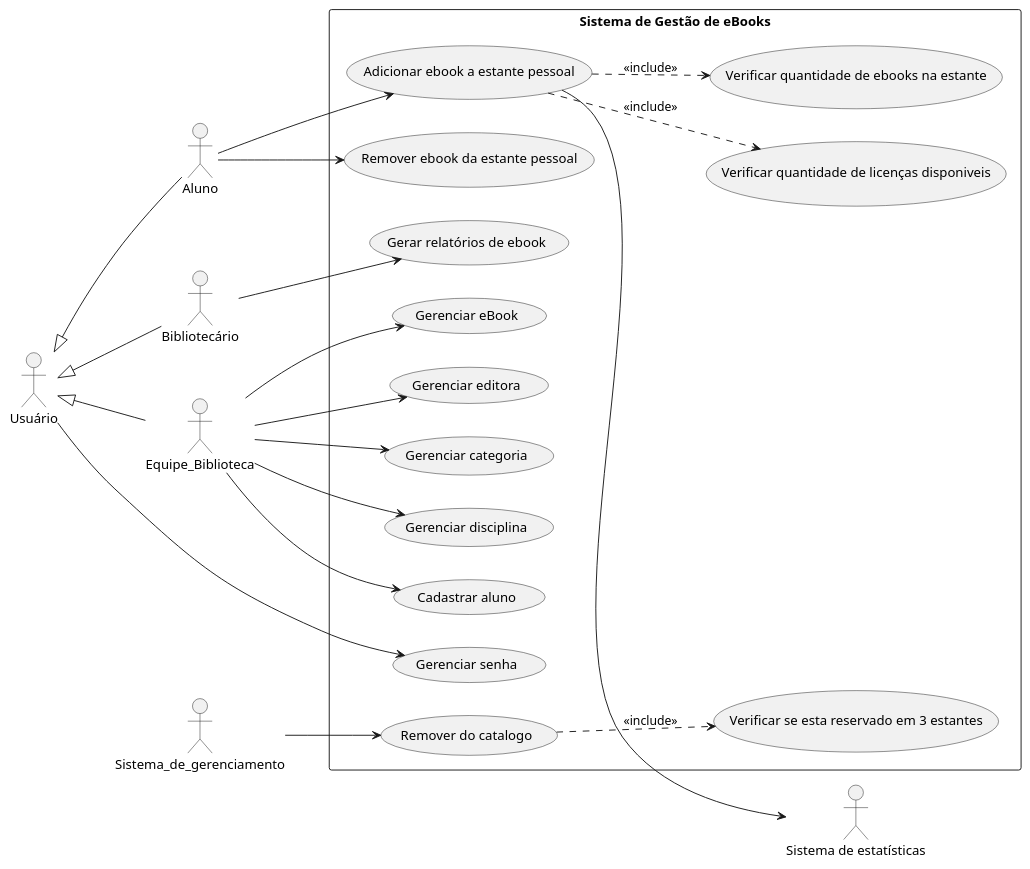
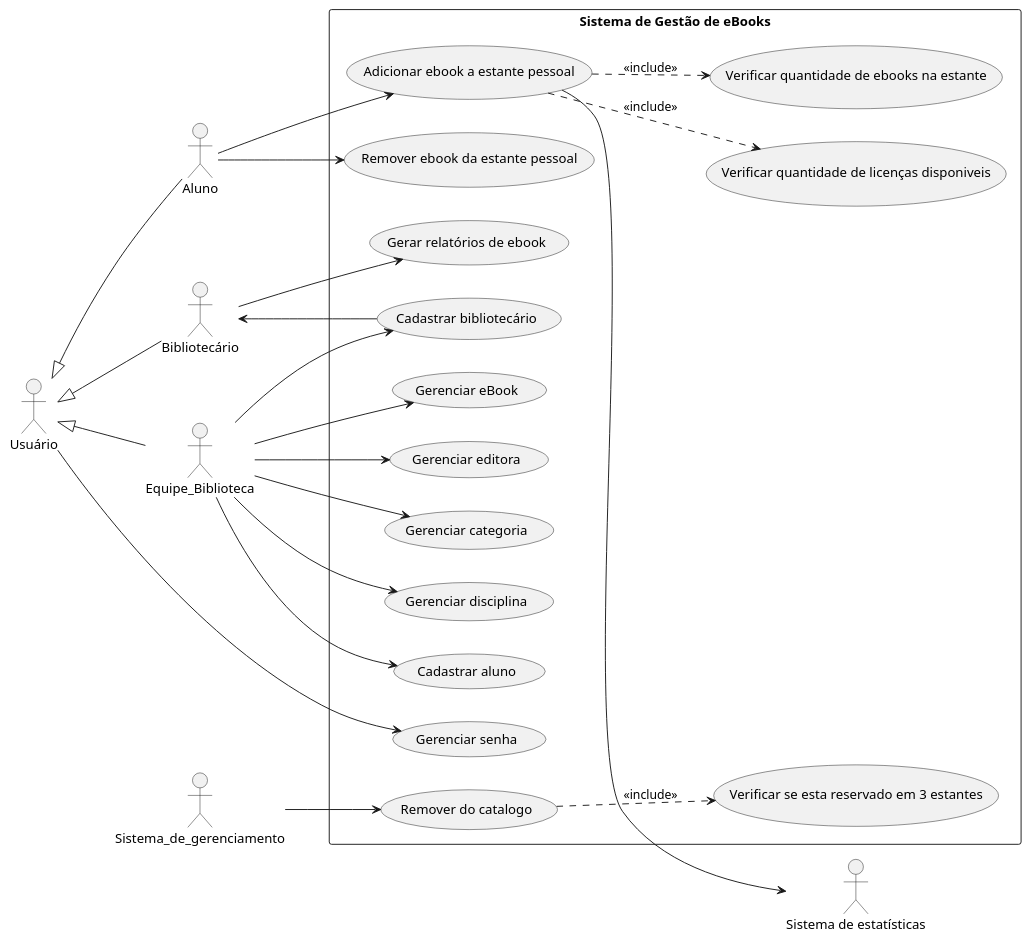
One commit to brunokilo/lab01-ebooks-biblioteca changed the diagram in docs/diagramas/casos-de-uso.puml. Above: the diagram before and after it, drawn with PlantUML.

Commit message:
diagramas: adiciona caso de uso para cadastrar bibliotecário

```diff
--- a/docs/diagramas/casos-de-uso.puml
+++ b/docs/diagramas/casos-de-uso.puml
@@ -1,50 +1,53 @@
 @startuml
 left to right direction
 skinparam packageStyle rectangle
 
 actor "Usuário" as Usuario
 actor Aluno
 actor "Bibliotecário" as Bibliotecario
 actor Equipe_Biblioteca
 actor Sistema_de_gerenciamento
 actor "Sistema de estatísticas" as Sistema_de_estatisticas
 
 rectangle "Sistema de Gestão de eBooks" {
   usecase "Gerenciar senha" as UC01
   usecase "Adicionar ebook a estante pessoal" as UC02
   usecase "Remover ebook da estante pessoal" as UC03
   usecase "Gerar relatórios de ebook" as UC04
   usecase "Gerenciar eBook" as UC05
   usecase "Gerenciar editora" as UC06
   usecase "Gerenciar categoria" as UC07
   usecase "Gerenciar disciplina" as UC08
   usecase "Remover do catalogo" as UC09
   usecase "Verificar se esta reservado em 3 estantes" as UC10
   usecase "Verificar quantidade de ebooks na estante" as UC11
   usecase "Verificar quantidade de licenças disponiveis" as UC12
   usecase "Cadastrar aluno" as UC13
+  usecase "Cadastrar bibliotecário" as UC14
 }
 
 Usuario <|-- Equipe_Biblioteca 
 Usuario <|-- Bibliotecario 
 Usuario <|-- Aluno 
 
 Usuario --> (UC01)
 
 Equipe_Biblioteca --> (UC05)
 Equipe_Biblioteca --> (UC06)
 Equipe_Biblioteca --> (UC07)
 Equipe_Biblioteca --> (UC08)
 Equipe_Biblioteca --> (UC13)
+Equipe_Biblioteca --> (UC14)
+UC14 --> Bibliotecario
 
 Bibliotecario --> (UC04)
 
 Aluno --> (UC02)
 (UC02)..> (UC11) : <<include>>
 (UC02)..> (UC12) : <<include>>
 (UC02)--> Sistema_de_estatisticas
 Aluno --> (UC03)
 
 Sistema_de_gerenciamento --> (UC09)
 (UC09)..> (UC10) : <<include>>
 @enduml
```
